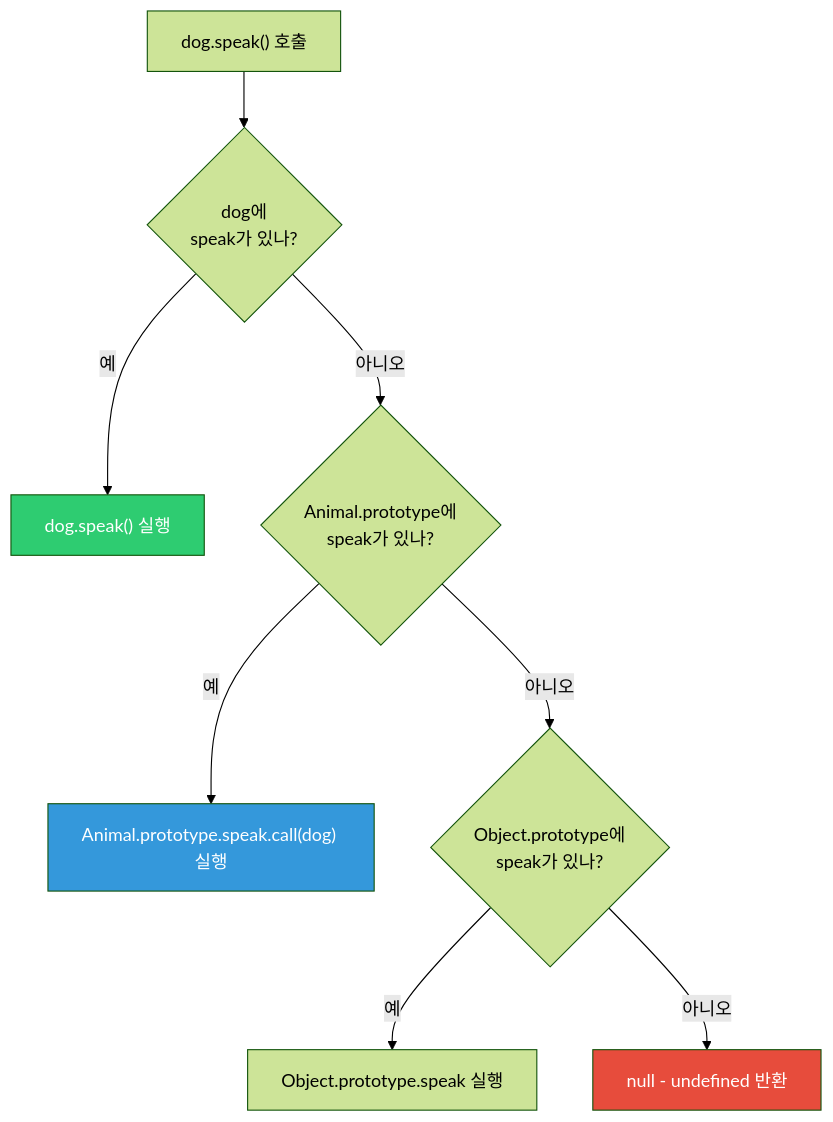
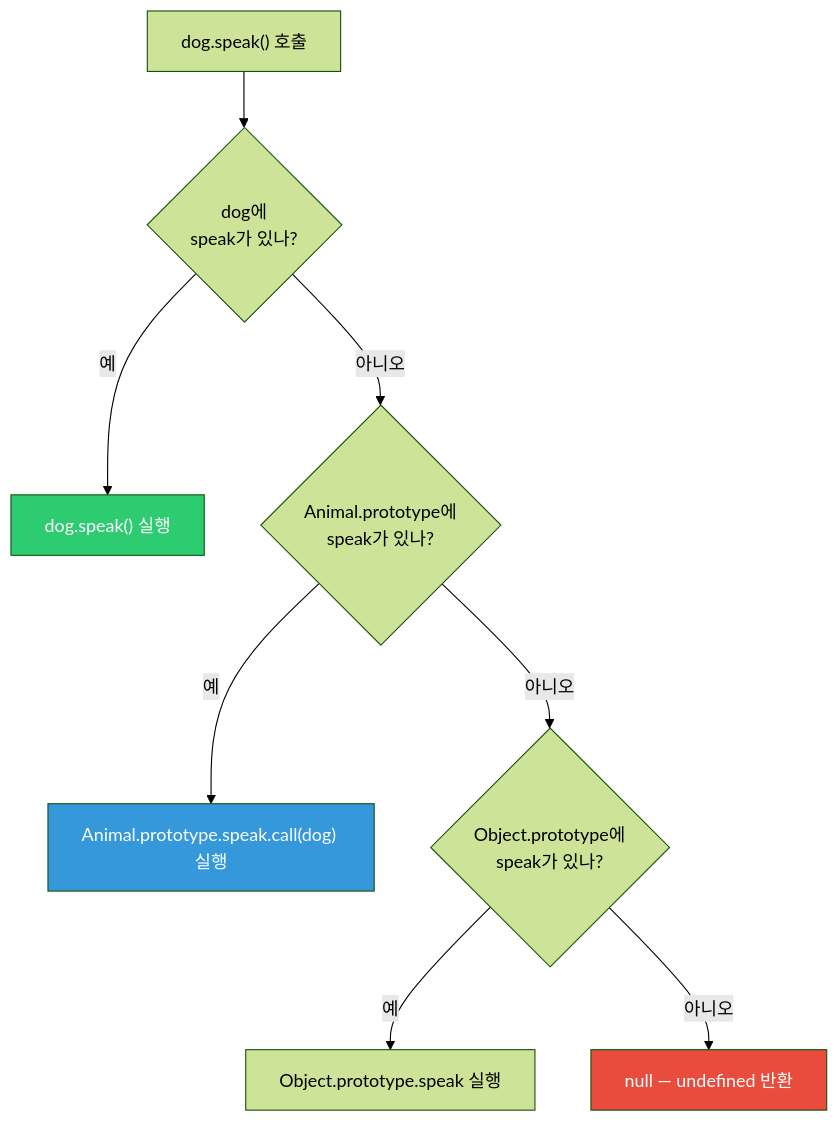
One commit to yjkim2015/yjkim2015.github.io changed the second of 6 diagrams in _posts/frontend/2026-05-02-js-prototype.md. Above: the diagram before and after it, drawn with Mermaid (forest theme). The commit also changed other lines of this file and 122 other files, not shown here.

````diff
--- a/_posts/frontend/2026-05-02-js-prototype.md
+++ b/_posts/frontend/2026-05-02-js-prototype.md
@@ -73,14 +73,14 @@
 ```mermaid
 flowchart TD
     A["dog.speak() 호출"] --> B{"dog에<br>speak가 있나?"}
     B -->|"예"| C["dog.speak() 실행"]
     B -->|"아니오"| D{"Animal.prototype에<br>speak가 있나?"}
     D -->|"예"| E["Animal.prototype.speak.call(dog) 실행"]
     D -->|"아니오"| F{"Object.prototype에<br>speak가 있나?"}
     F -->|"예"| G["Object.prototype.speak 실행"]
-    F -->|"아니오"| H["null - undefined 반환"]
+    F -->|"아니오"| H["null — undefined 반환"]
 
     style C fill:#2ecc71,color:#fff
     style E fill:#3498db,color:#fff
     style H fill:#e74c3c,color:#fff
 ```
````
